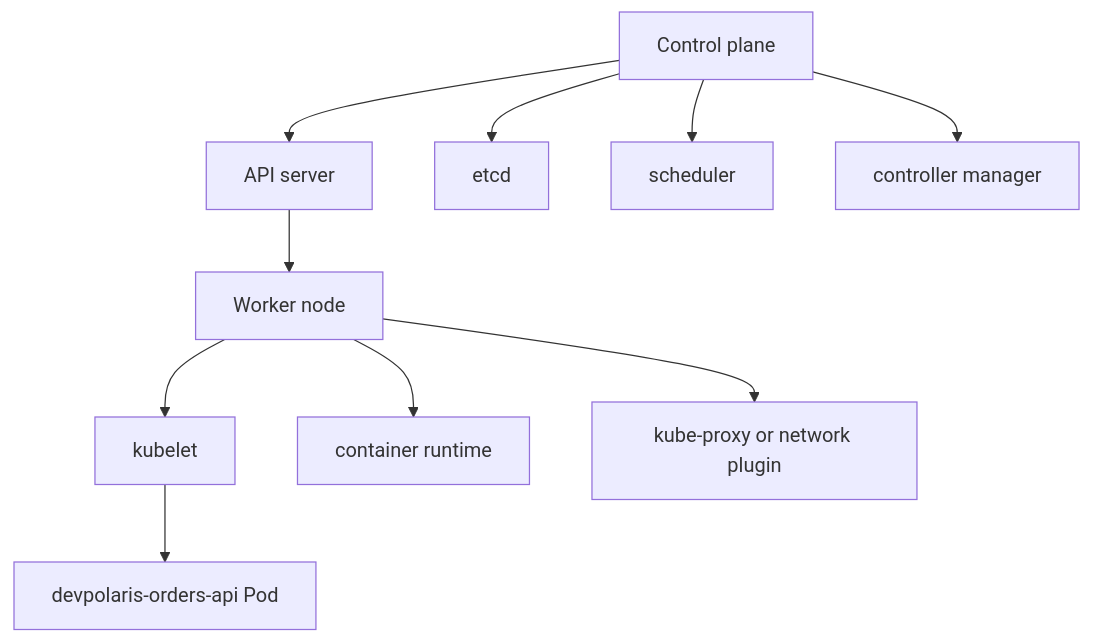
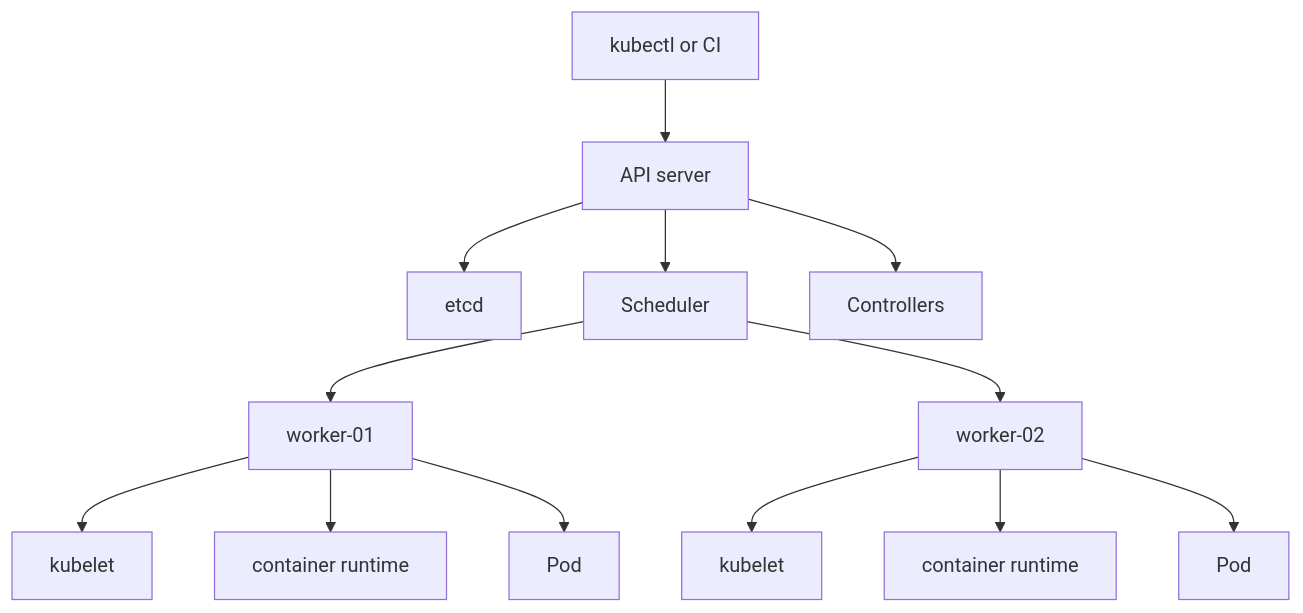
One commit to senlinyy/dev-roadmaps changed the first of 3 diagrams in containers-orchestration/kubernetes/fundamentals/control-plane-and-worker-nodes.md. Above: the diagram before and after it, drawn with Mermaid. The commit also changed other lines of this file and 418 other files, not shown here.

````diff
--- a/containers-orchestration/kubernetes/fundamentals/control-plane-and-worker-nodes.md
+++ b/containers-orchestration/kubernetes/fundamentals/control-plane-and-worker-nodes.md
@@ -32,12 +38,15 @@
 ```mermaid
 flowchart TD
-    A["Control plane"] --> B["API server"]
-    A --> C["etcd"]
-    A --> D["scheduler"]
-    A --> E["controller manager"]
-    B --> F["Worker node"]
-    F --> G["kubelet"]
-    F --> H["container runtime"]
-    F --> I["kube-proxy or network plugin"]
-    G --> J["devpolaris-orders-api Pod"]
+    A["kubectl or CI"] --> B["API server"]
+    B --> C["etcd"]
+    B --> D["Scheduler"]
+    B --> E["Controllers"]
+    D --> F["worker-01"]
+    D --> G["worker-02"]
+    F --> H["kubelet"]
+    F --> I["container runtime"]
+    F --> J["Pod"]
+    G --> K["kubelet"]
+    G --> L["container runtime"]
+    G --> M["Pod"]
 ```
````
